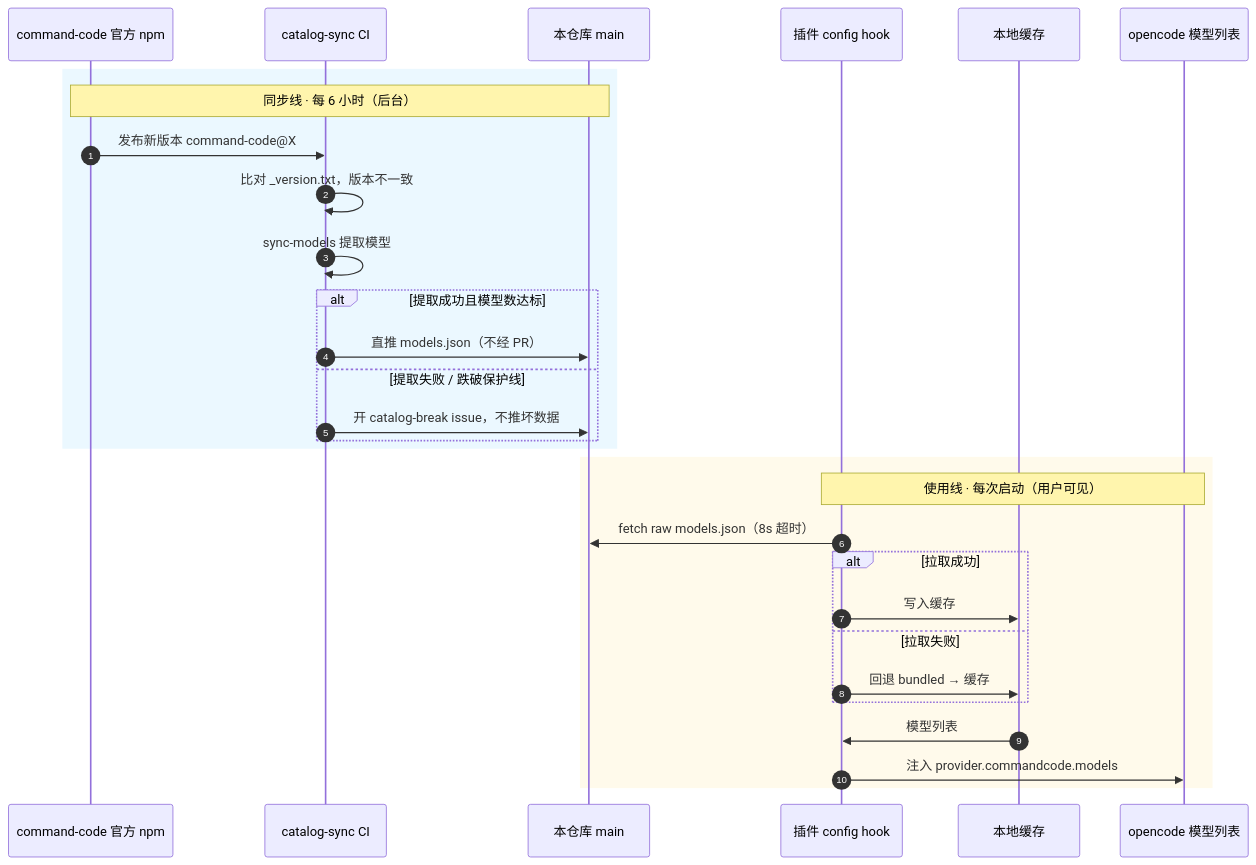
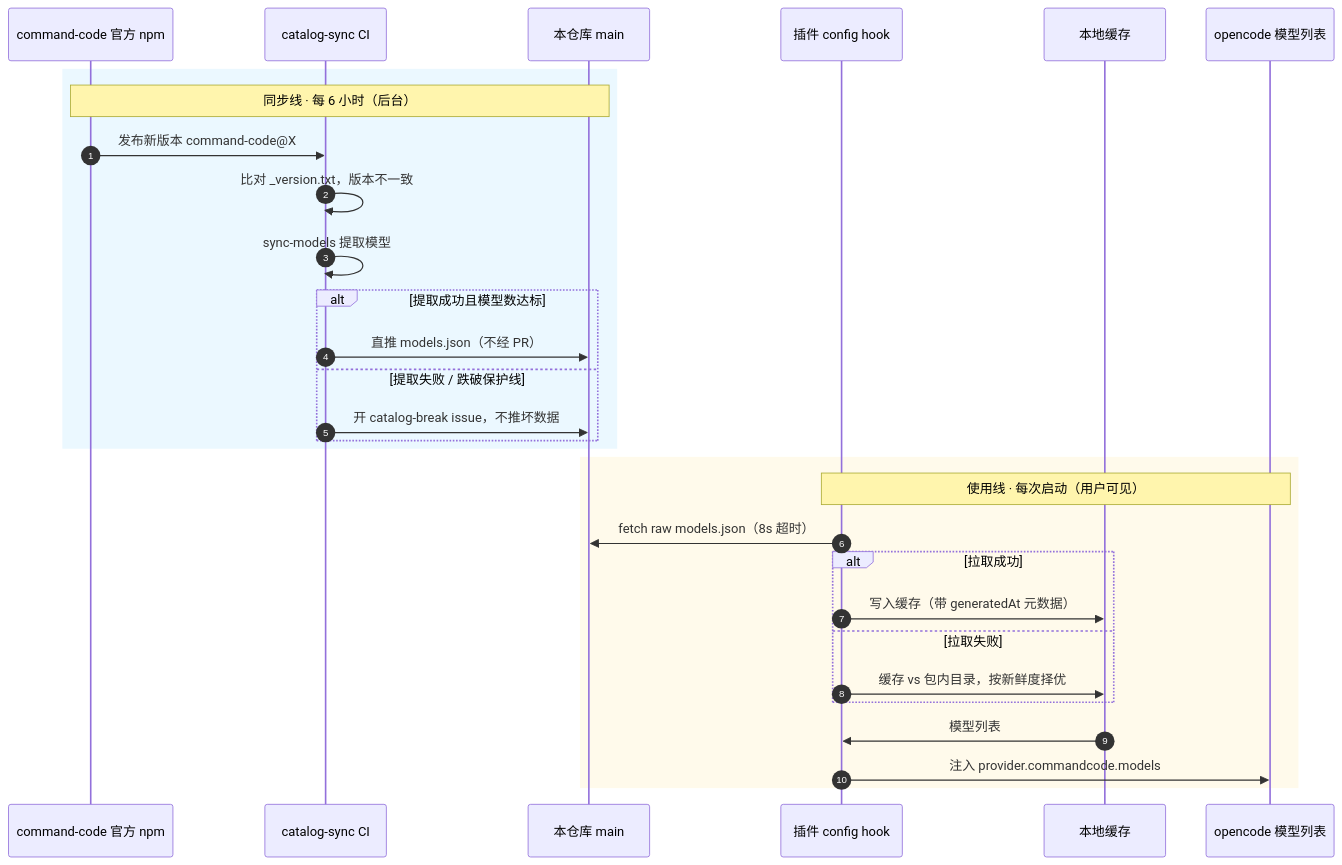
One commit to herouu/opencode-commandcode changed the diagram in README.md. Above: the diagram before and after it, drawn with Mermaid. The commit also changed other lines of this file and 6 other files, not shown here.

````diff
--- a/README.md
+++ b/README.md
@@ -86,34 +86,34 @@
 ```mermaid
 sequenceDiagram
     autonumber
     participant NPM as command-code 官方 npm
     participant CI as catalog-sync CI
     participant REPO as 本仓库 main
     participant PLUGIN as 插件 config hook
     participant CACHE as 本地缓存
     participant OC as opencode 模型列表
 
     rect rgb(235, 248, 255)
     Note over NPM,REPO: 同步线 · 每 6 小时（后台）
     NPM->>CI: 发布新版本 command-code@X
     CI->>CI: 比对 _version.txt，版本不一致
     CI->>CI: sync-models 提取模型
     alt 提取成功且模型数达标
         CI->>REPO: 直推 models.json（不经 PR）
     else 提取失败 / 跌破保护线
         CI->>REPO: 开 catalog-break issue，不推坏数据
     end
     end
 
     rect rgb(255, 250, 235)
     Note over PLUGIN,OC: 使用线 · 每次启动（用户可见）
     PLUGIN->>REPO: fetch raw models.json（8s 超时）
     alt 拉取成功
-        PLUGIN->>CACHE: 写入缓存
+        PLUGIN->>CACHE: 写入缓存（带 generatedAt 元数据）
     else 拉取失败
-        PLUGIN->>CACHE: 回退 bundled → 缓存
+        PLUGIN->>CACHE: 缓存 vs 包内目录，按新鲜度择优
     end
     CACHE->>PLUGIN: 模型列表
     PLUGIN->>OC: 注入 provider.commandcode.models
     end
 ```
````
